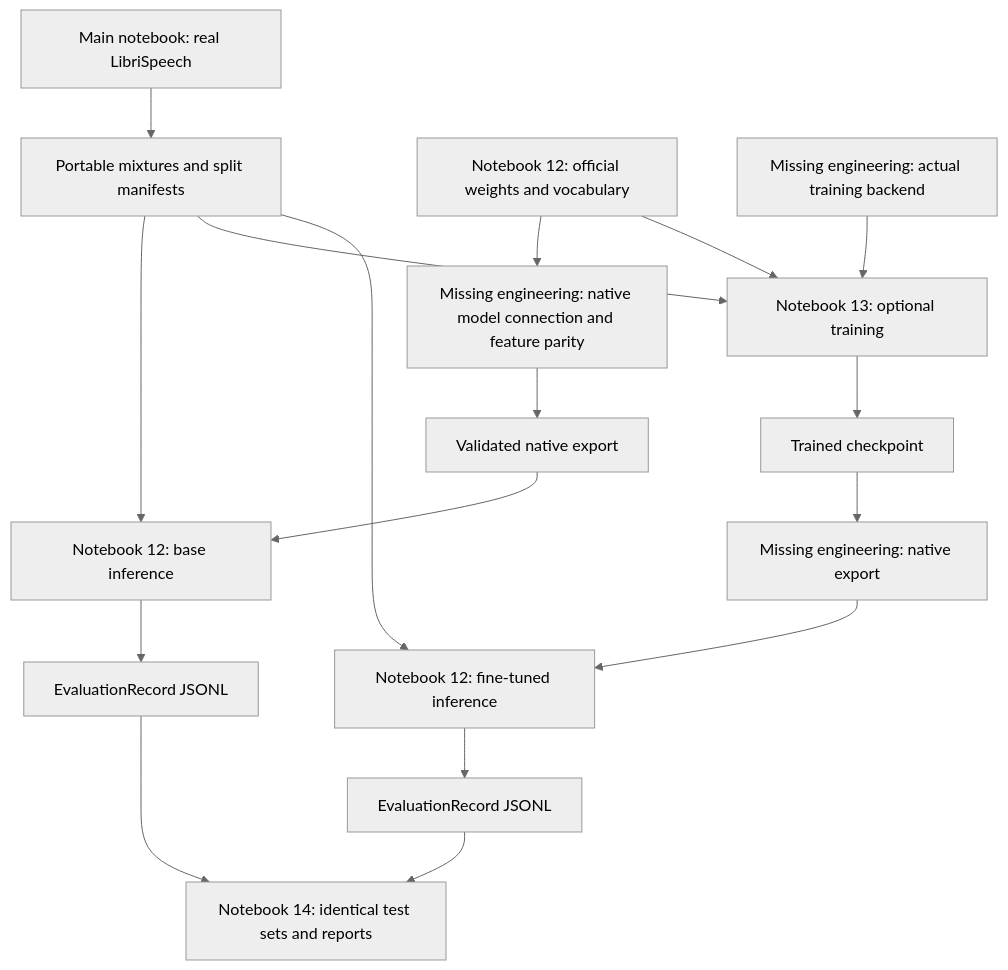
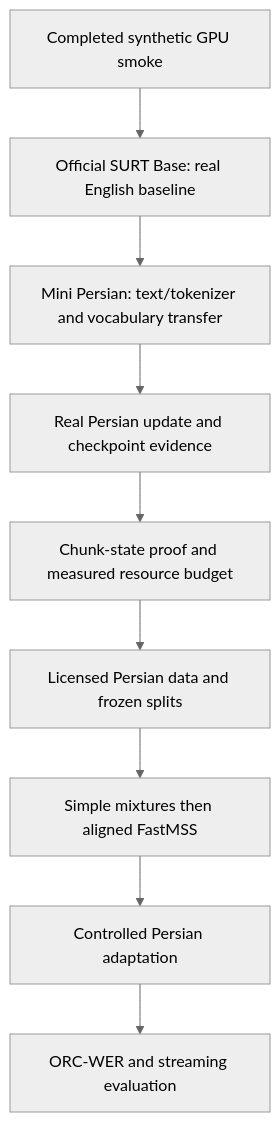
Before and after one commit to manzourali/English-Streaming-ASR: the diagram in docs/phase_dependency_map.md, drawn with Mermaid (neutral theme). The commit also changed other lines of this file and 48 other files, not shown here.

````diff
--- a/docs/phase_dependency_map.md
+++ b/docs/phase_dependency_map.md
@@ -3,19 +3,11 @@
 ```mermaid
 flowchart TD
-    A[Main notebook: real LibriSpeech] --> B[Portable mixtures and split manifests]
-    C[Notebook 12: official weights and vocabulary] --> D[Missing engineering: native model connection and feature parity]
-    D --> E[Validated native export]
-    B --> F[Notebook 12: base inference]
-    E --> F
-    F --> G[EvaluationRecord JSONL]
-    B --> H[Notebook 13: optional training]
-    C --> H
-    I[Missing engineering: actual training backend] --> H
-    H --> J[Trained checkpoint]
-    J --> K[Missing engineering: native export]
-    K --> L[Notebook 12: fine-tuned inference]
-    B --> L
-    L --> M[EvaluationRecord JSONL]
-    G --> N[Notebook 14: identical test sets and reports]
-    M --> N
+    A[Completed synthetic GPU smoke] --> B[Official SURT Base: real English baseline]
+    B --> C[Mini Persian: text/tokenizer and vocabulary transfer]
+    C --> D[Real Persian update and checkpoint evidence]
+    D --> E[Chunk-state proof and measured resource budget]
+    E --> F[Licensed Persian data and frozen splits]
+    F --> G[Simple mixtures then aligned FastMSS]
+    G --> H[Controlled Persian adaptation]
+    H --> I[ORC-WER and streaming evaluation]
 ```
````
